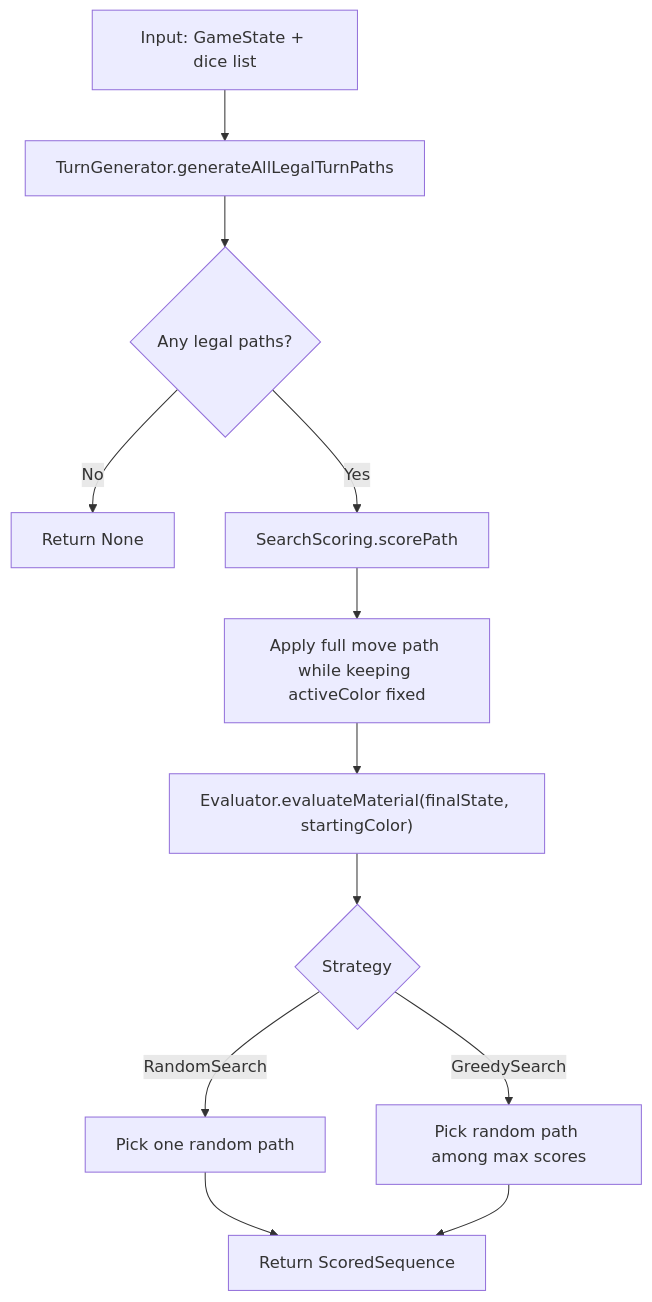
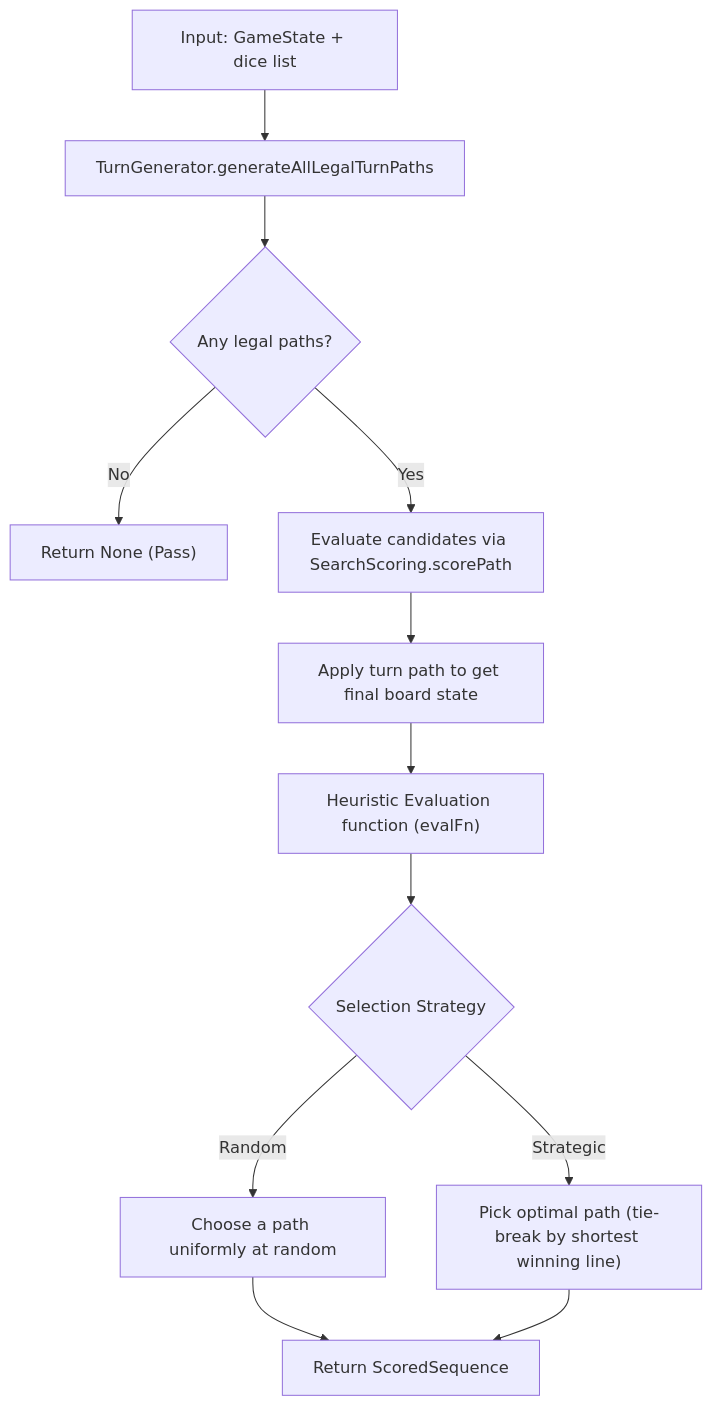
Before and after one commit to rabestro/dicechess-engine-scala: the diagram in docs/src/content/docs/architecture/primitive-search.md, drawn with Mermaid. The commit also changed other lines of this file, not shown here.

Commit message:
docs: document primitive search strategies levels 1-5

````diff
--- a/docs/src/content/docs/architecture/primitive-search.md
+++ b/docs/src/content/docs/architecture/primitive-search.md
@@ -22,14 +22,14 @@
 ```mermaid
 graph TD
     A["Input: GameState + dice list"] --> B["TurnGenerator.generateAllLegalTurnPaths"]
     B --> C{"Any legal paths?"}
-    C -- No --> D["Return None"]
-    C -- Yes --> E["SearchScoring.scorePath"]
-    E --> F["Apply full move path while keeping activeColor fixed"]
-    F --> G["Evaluator.evaluateMaterial(finalState, startingColor)"]
-    G --> H{"Strategy"}
-    H -- RandomSearch --> I["Pick one random path"]
-    H -- GreedySearch --> J["Pick random path among max scores"]
+    C -- No --> D["Return None (Pass)"]
+    C -- Yes --> E["Evaluate candidates via SearchScoring.scorePath"]
+    E --> F["Apply turn path to get final board state"]
+    F --> G["Heuristic Evaluation function (evalFn)"]
+    G --> H{"Selection Strategy"}
+    H -- Random --> I["Choose a path uniformly at random"]
+    H -- Strategic --> J["Pick optimal path (tie-break by shortest winning line)"]
     I --> K["Return ScoredSequence"]
     J --> K
 ```
````
